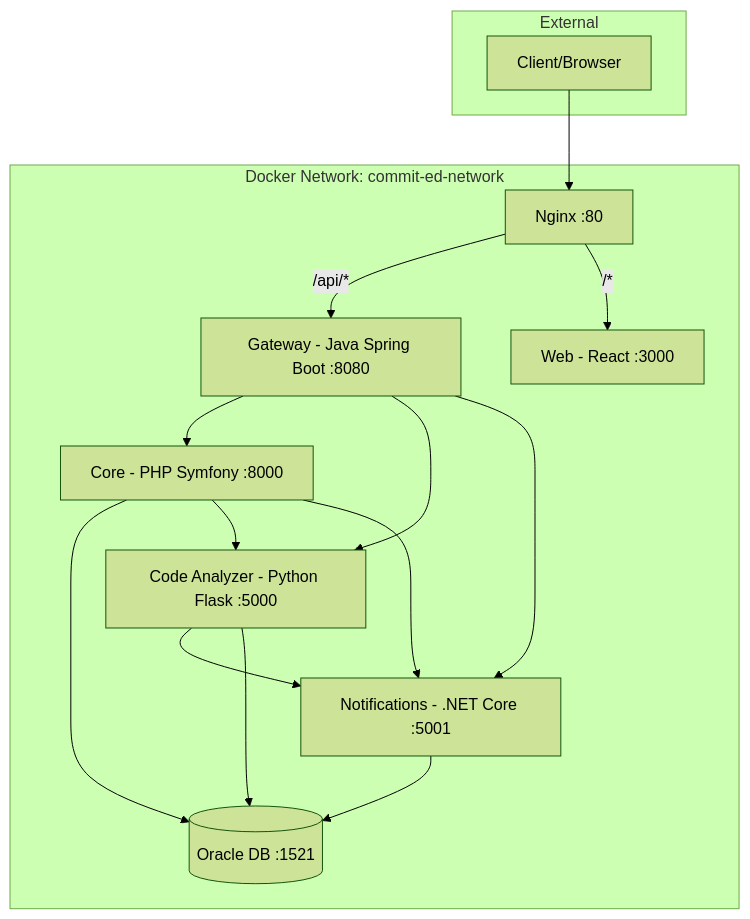
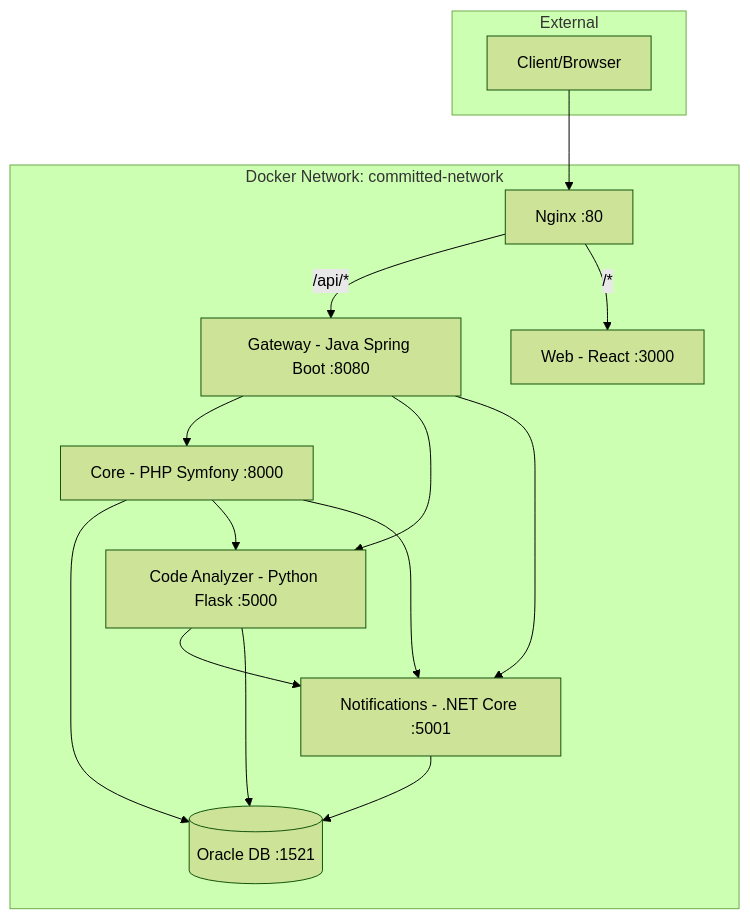
Before and after one commit to IdrissiYouness/committed: the first of 2 diagrams in plans/project-initialization-plan.md, drawn with Mermaid (forest theme). The commit also changed other lines of this file and 27 other files, not shown here.

Commit message:
feat: create the db schema and fix project naming

````diff
--- a/plans/project-initialization-plan.md
+++ b/plans/project-initialization-plan.md
@@ -11,29 +11,29 @@
 ```mermaid
 flowchart TB
     subgraph External
         Client[Client/Browser]
     end
     
-    subgraph Docker Network: commit-ed-network
+    subgraph Docker Network: committed-network
         Nginx[Nginx :80]
         Gateway[Gateway - Java Spring Boot :8080]
         Core[Core - PHP Symfony :8000]
         Analyzer[Code Analyzer - Python Flask :5000]
         Notifications[Notifications - .NET Core :5001]
         Web[Web - React :3000]
         Oracle[(Oracle DB :1521)]
     end
     
     Client --> Nginx
     Nginx -->|/api/*| Gateway
     Nginx -->|/*| Web
     Gateway --> Core
     Gateway --> Analyzer
     Gateway --> Notifications
     Core --> Oracle
     Core --> Analyzer
     Core --> Notifications
     Analyzer --> Notifications
     Analyzer --> Oracle
     Notifications --> Oracle
 ```
````
